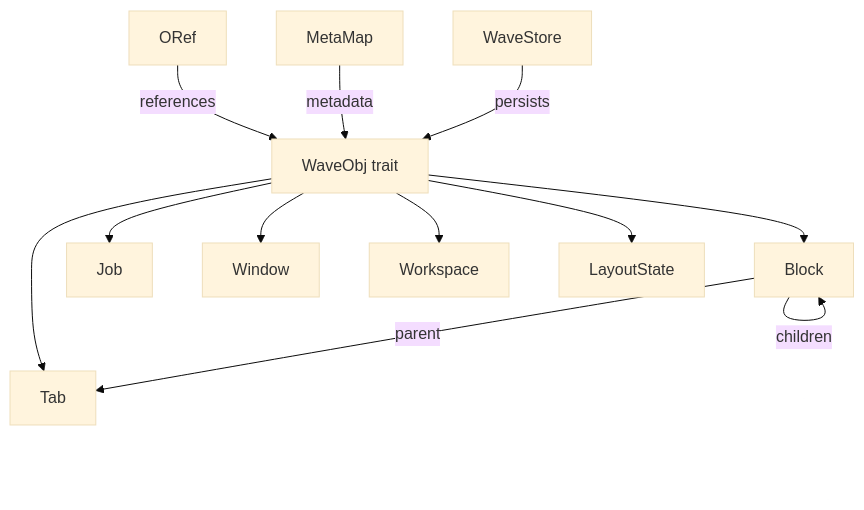
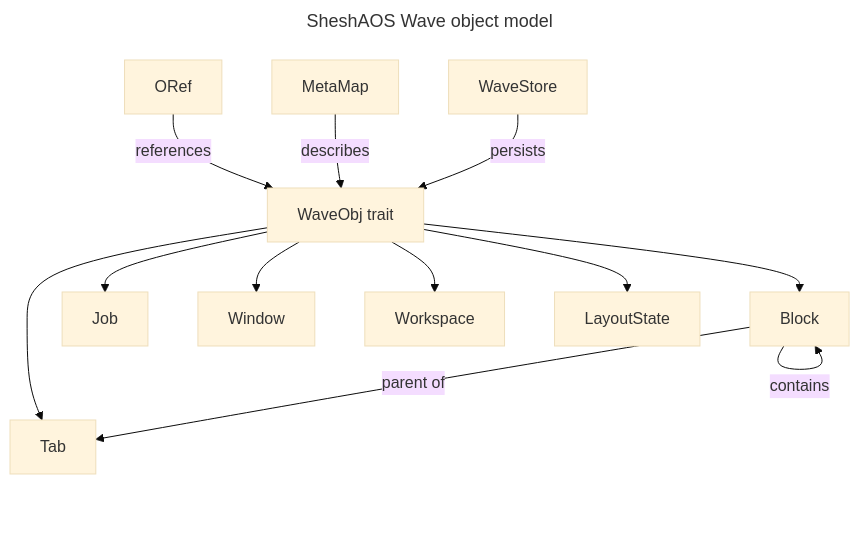
One commit to gaganjainse/SheshAOS changed the third of 4 diagrams in README.md. Above: the diagram before and after it, drawn with Mermaid (base theme). The commit also changed other lines of this file, not shown here.

Commit message:
docs: modernize README — accurate facts, badges, current stack, updated architecture diagram

````diff
--- a/README.md
+++ b/README.md
@@ -310,17 +131,17 @@
 ```mermaid
+---
+title: SheshAOS Wave object model
+---
 graph TD
     A["WaveObj trait"] --> B["Block"]
     A --> C["Job"]
     A --> D["Window"]
     A --> E["Workspace"]
     A --> F["Tab"]
     A --> G["LayoutState"]
-
-    B -->|parent| F
-    B -->|children| B
-
+    B -->|parent of| F
+    B -->|contains| B
     H["ORef"] -->|references| A
-    I["MetaMap"] -->|metadata| A
-
+    I["MetaMap"] -->|describes| A
     J["WaveStore"] -->|persists| A
 ```
````
